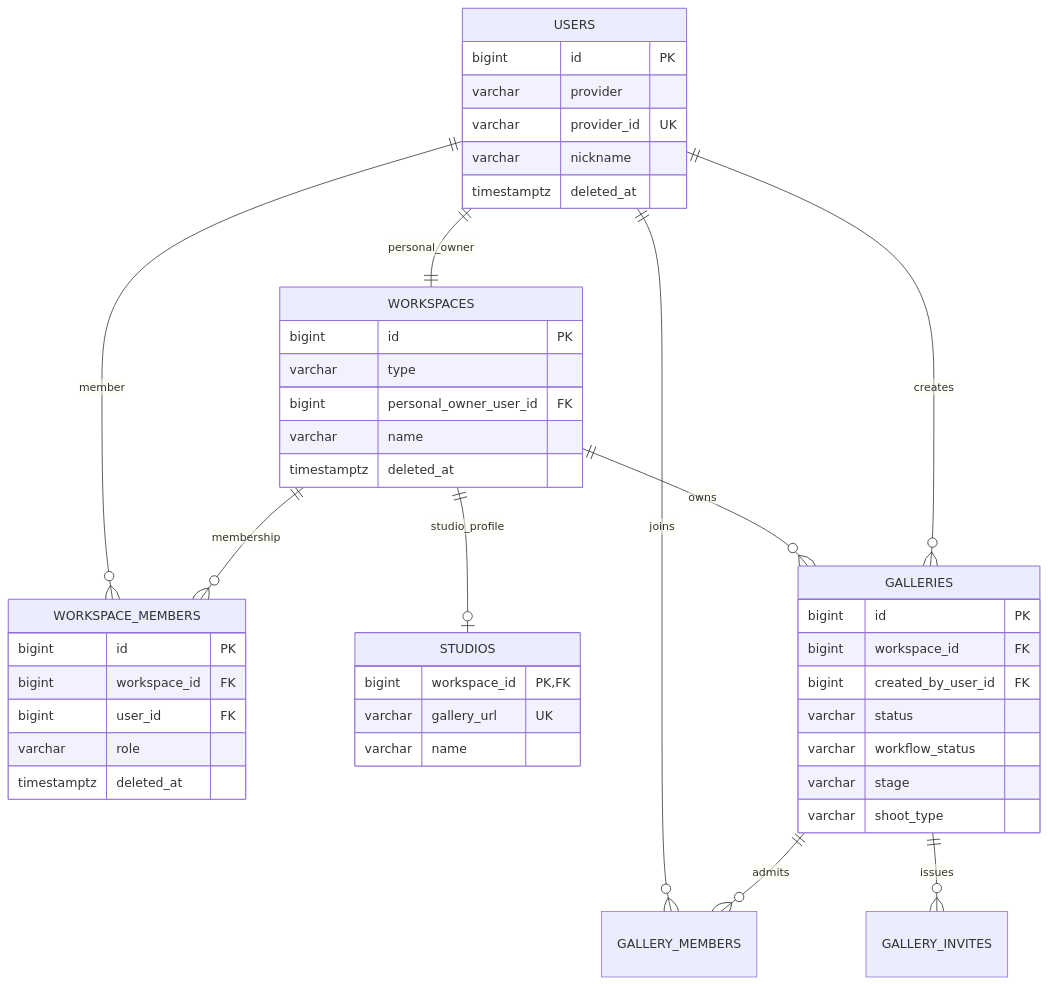
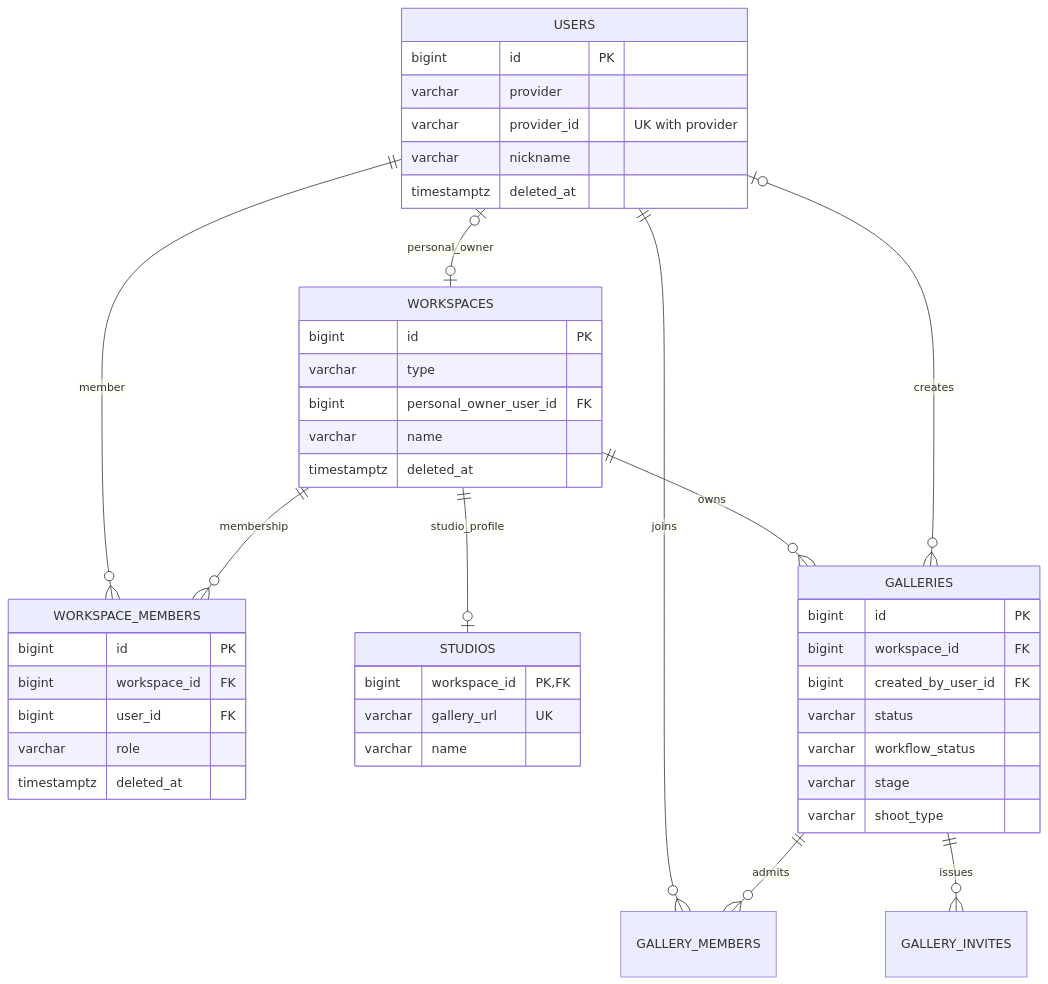
The diagram in docs/data-model/user-workspace-gallery.md (organic-agent/WES-DOCS), drawn with Mermaid before and after one commit. The commit also changed other lines of this file and 77 other files, not shown here.

````diff
--- a/docs/data-model/user-workspace-gallery.md
+++ b/docs/data-model/user-workspace-gallery.md
@@ -22,48 +22,48 @@
 ```mermaid
 erDiagram
-    USERS ||--|| WORKSPACES : personal_owner
+    USERS |o--o| WORKSPACES : personal_owner
     USERS ||--o{ WORKSPACE_MEMBERS : member
     WORKSPACES ||--o{ WORKSPACE_MEMBERS : membership
     WORKSPACES ||--o| STUDIOS : studio_profile
     WORKSPACES ||--o{ GALLERIES : owns
-    USERS ||--o{ GALLERIES : creates
+    USERS |o--o{ GALLERIES : creates
     USERS ||--o{ GALLERY_MEMBERS : joins
     GALLERIES ||--o{ GALLERY_MEMBERS : admits
     GALLERIES ||--o{ GALLERY_INVITES : issues
 
     USERS {
       bigint id PK
       varchar provider
-      varchar provider_id UK
+      varchar provider_id "UK with provider"
       varchar nickname
       timestamptz deleted_at
     }
     WORKSPACES {
       bigint id PK
       varchar type
       bigint personal_owner_user_id FK
       varchar name
       timestamptz deleted_at
     }
     WORKSPACE_MEMBERS {
       bigint id PK
       bigint workspace_id FK
       bigint user_id FK
       varchar role
       timestamptz deleted_at
     }
     STUDIOS {
       bigint workspace_id PK,FK
       varchar gallery_url UK
       varchar name
     }
     GALLERIES {
       bigint id PK
       bigint workspace_id FK
       bigint created_by_user_id FK
       varchar status
       varchar workflow_status
       varchar stage
       varchar shoot_type
     }
 ```
````
